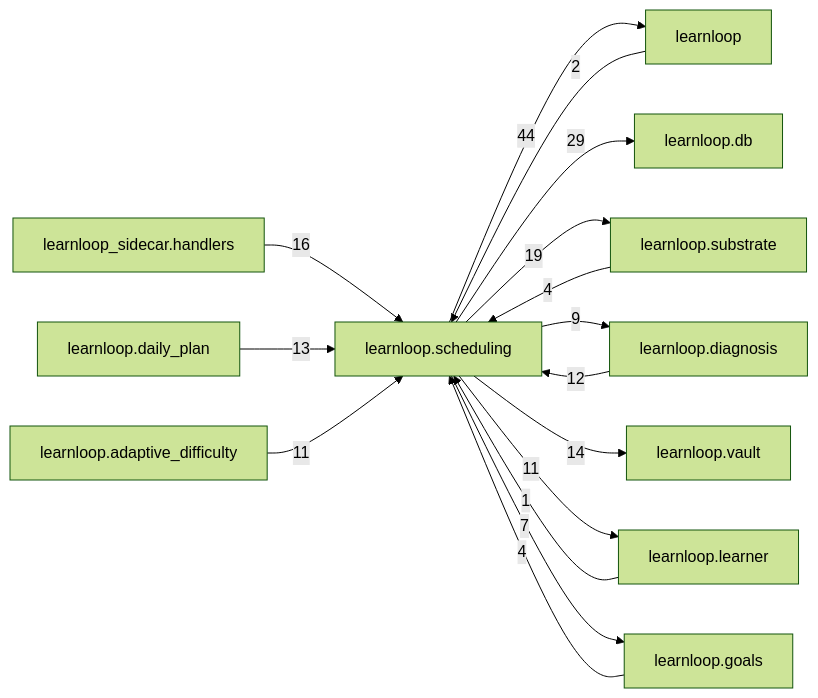
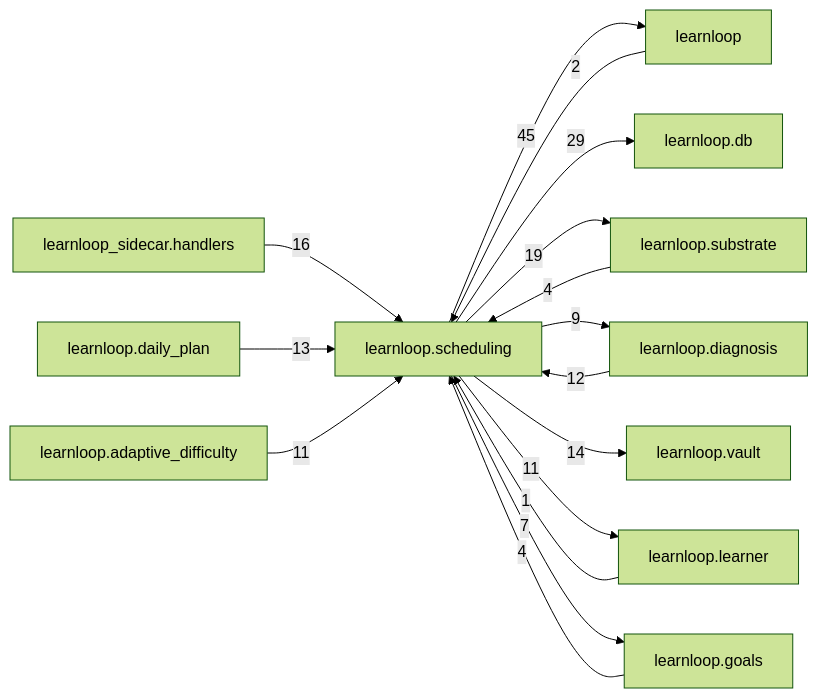
Before and after one commit to 6up-b/learnanything: the diagram in docs/learnloop-architecture-vault/Reference/Modules/learnloop/scheduling/_package.md, drawn with Mermaid (forest theme). The commit also changed other lines of this file and 34 other files, not shown here.

````diff
--- a/docs/learnloop-architecture-vault/Reference/Modules/learnloop/scheduling/_package.md
+++ b/docs/learnloop-architecture-vault/Reference/Modules/learnloop/scheduling/_package.md
@@ -187,29 +189,29 @@
 ```mermaid
 flowchart LR
     center["learnloop.scheduling"]
     n_learnloop["learnloop"]
     n_learnloop_db["learnloop.db"]
     n_learnloop_substrate["learnloop.substrate"]
     n_learnloop_diagnosis["learnloop.diagnosis"]
     n_learnloop_sidecar_handlers["learnloop_sidecar.handlers"]
     n_learnloop_vault["learnloop.vault"]
     n_learnloop_daily_plan["learnloop.daily_plan"]
     n_learnloop_learner["learnloop.learner"]
     n_learnloop_adaptive_difficulty["learnloop.adaptive_difficulty"]
     n_learnloop_goals["learnloop.goals"]
     n_learnloop -->|2| center
-    center -->|44| n_learnloop
+    center -->|45| n_learnloop
     center -->|29| n_learnloop_db
     n_learnloop_substrate -->|4| center
     center -->|19| n_learnloop_substrate
     n_learnloop_diagnosis -->|12| center
     center -->|9| n_learnloop_diagnosis
     n_learnloop_sidecar_handlers -->|16| center
     center -->|14| n_learnloop_vault
     n_learnloop_daily_plan -->|13| center
     n_learnloop_learner -->|1| center
     center -->|11| n_learnloop_learner
     n_learnloop_adaptive_difficulty -->|11| center
     n_learnloop_goals -->|4| center
     center -->|7| n_learnloop_goals
 ```
````
